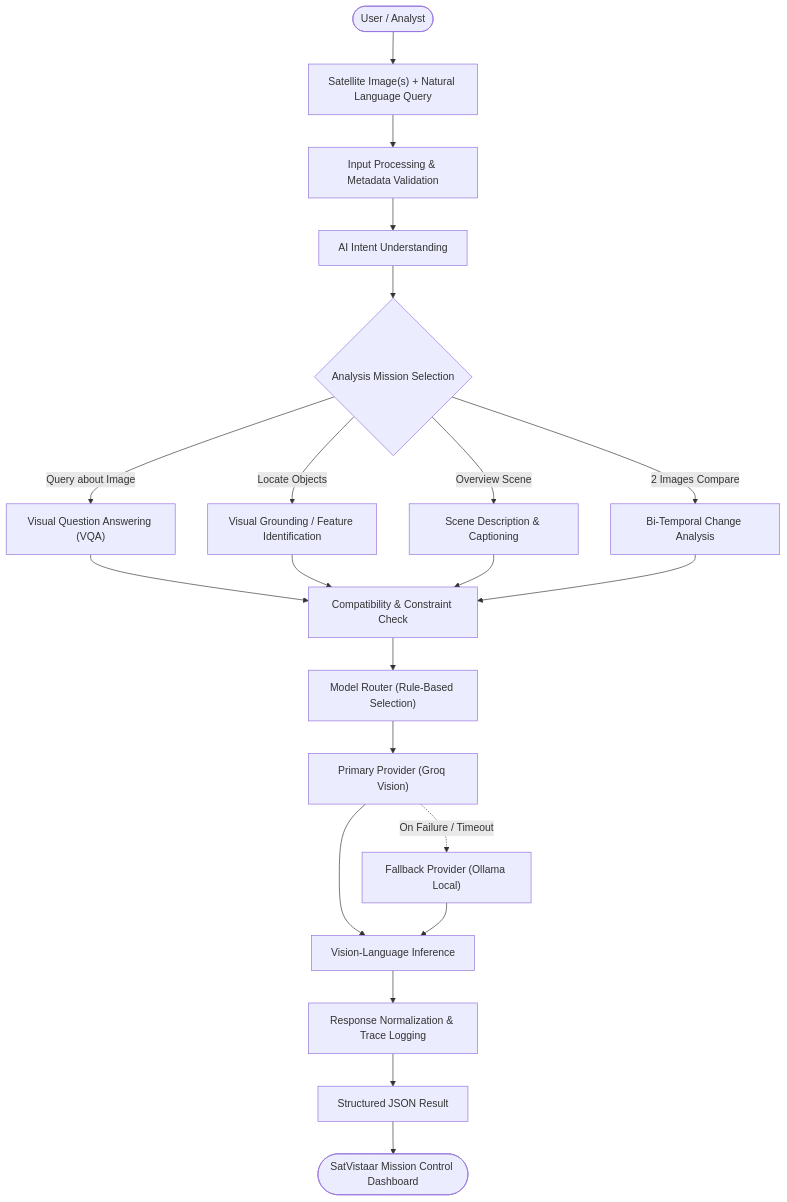
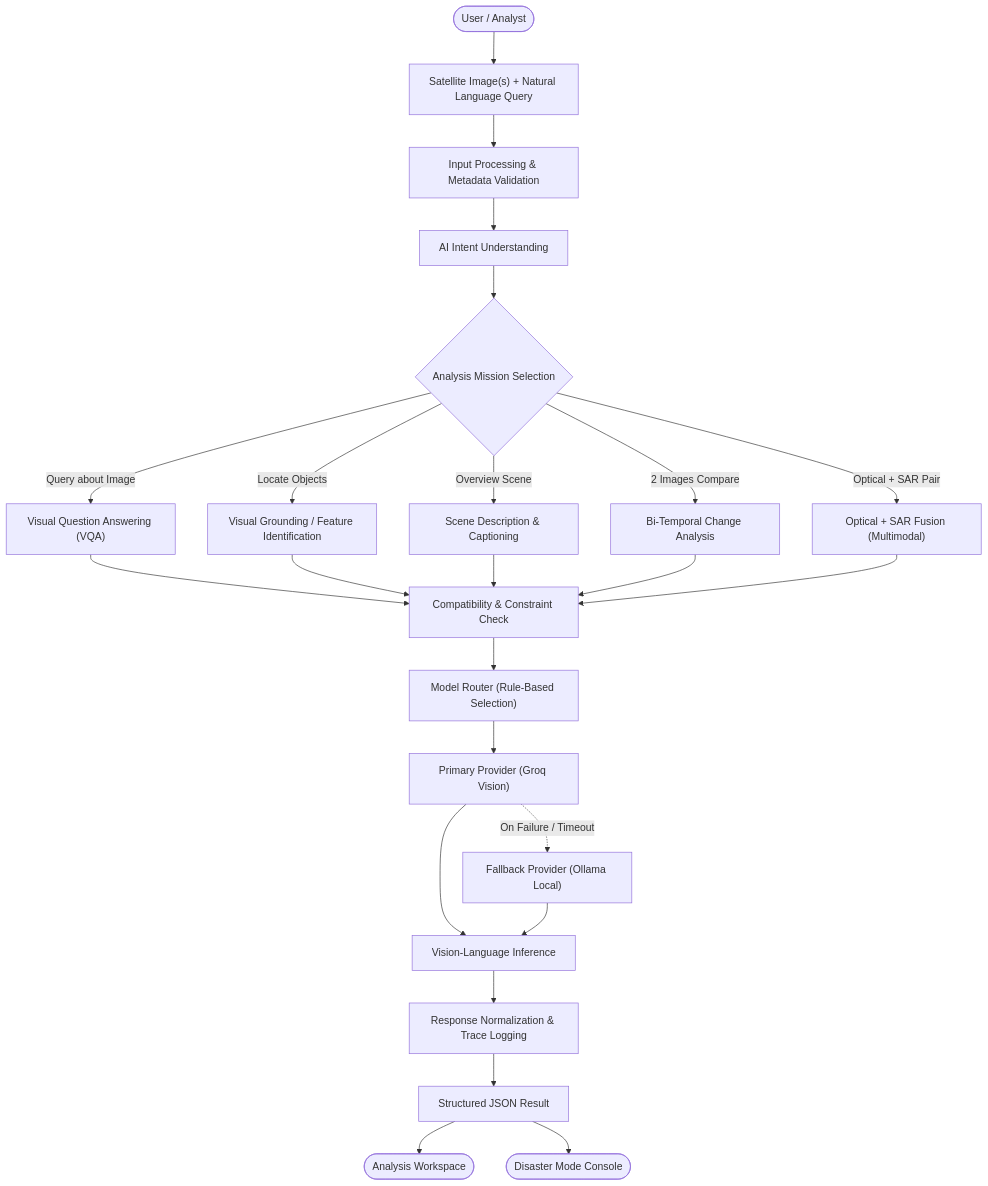
The first of 5 diagrams in README.md (KrxnTech/SatVistaar-SIH), drawn with Mermaid before and after one commit. The commit also changed other lines of this file, not shown here.

````diff
--- a/README.md
+++ b/README.md
@@ -60,29 +65,33 @@
 ```mermaid
 flowchart TD
     User(["User / Analyst"]) --> Input["Satellite Image(s) + Natural Language Query"]
     Input --> Preproc["Input Processing & Metadata Validation"]
     Preproc --> Intent["AI Intent Understanding"]
-    
+
     Intent --> Mission{"Analysis Mission Selection"}
     Mission -->|Query about Image| VQA["Visual Question Answering (VQA)"]
     Mission -->|Locate Objects| Ground["Visual Grounding / Feature Identification"]
     Mission -->|Overview Scene| Caption["Scene Description & Captioning"]
     Mission -->|2 Images Compare| Change["Bi-Temporal Change Analysis"]
+    Mission -->|Optical + SAR Pair| Fusion["Optical + SAR Fusion (Multimodal)"]
 
     VQA --> Compat["Compatibility & Constraint Check"]
     Ground --> Compat
     Caption --> Compat
     Change --> Compat
+    Fusion --> Compat
 
     Compat --> Router["Model Router (Rule-Based Selection)"]
-    
+
     Router --> Primary["Primary Provider (Groq Vision)"]
     Primary -.->|On Failure / Timeout| Fallback["Fallback Provider (Ollama Local)"]
 
     Primary --> VLM["Vision-Language Inference"]
     Fallback --> VLM
 
     VLM --> Normalizer["Response Normalization & Trace Logging"]
     Normalizer --> Result["Structured JSON Result"]
-    Result --> Dashboard(["SatVistaar Mission Control Dashboard"])
+    Result --> Dashboard(["Analysis Workspace"])
+    Result --> Disaster(["Disaster Mode Console"])
+
 ```
````
